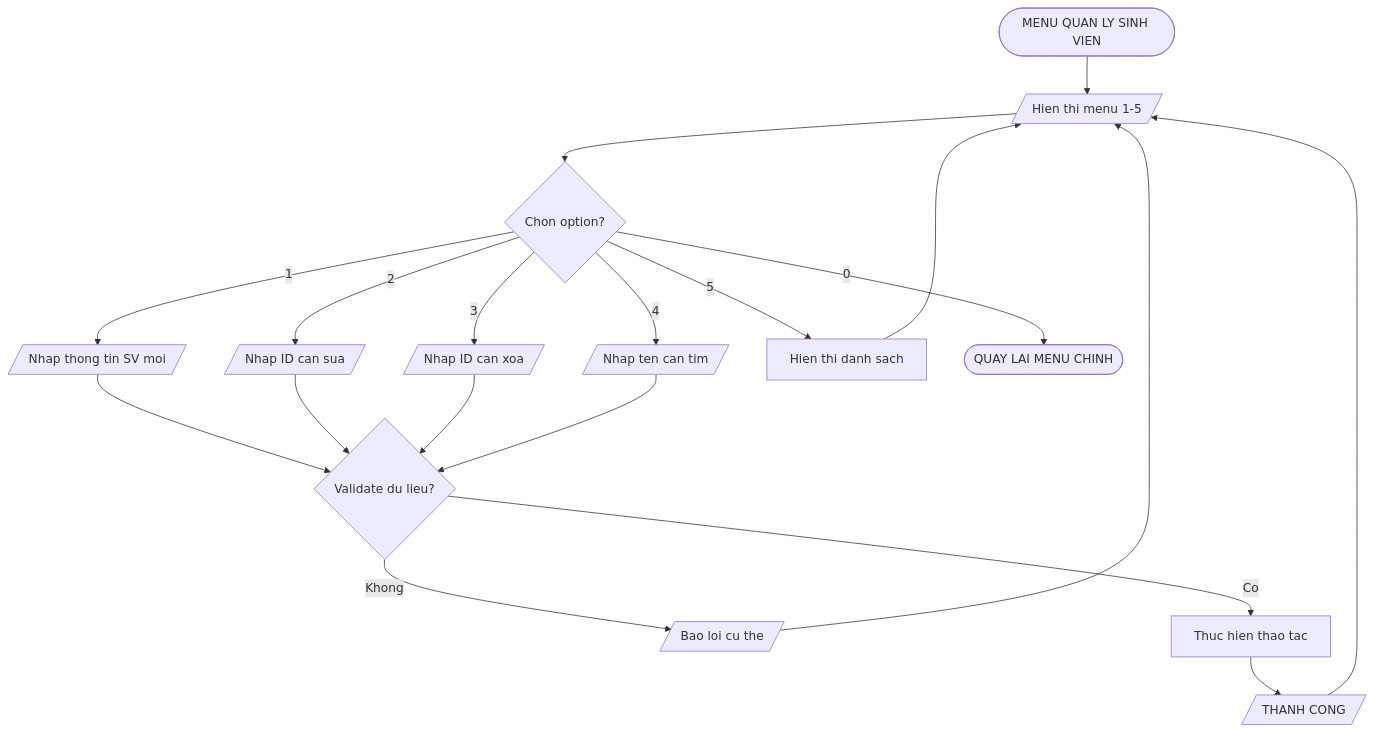
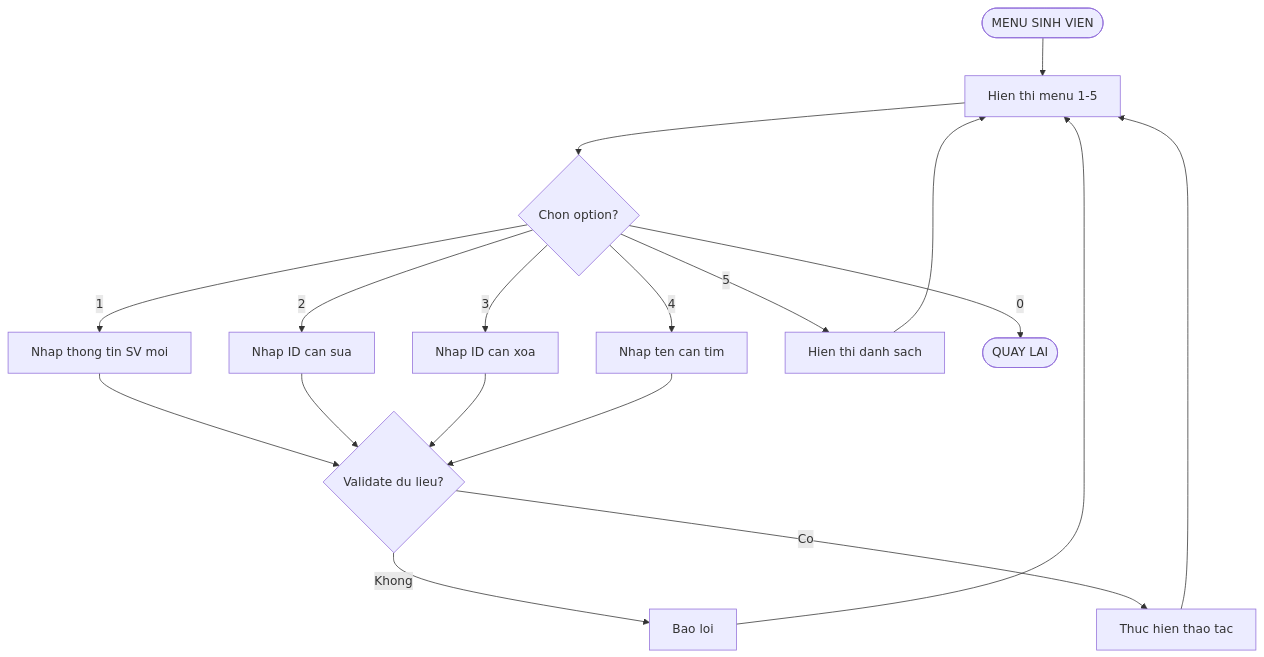
The tenth of 20 diagrams in docs/Flowcharts/Flowcharts.md (phucphuc2006/pro-192), drawn with Mermaid before and after one commit. The commit also changed other lines of this file, not shown here.

Commit message:
Fix Mermaid: remove parallelogram syntax for GitHub

````diff
--- a/docs/Flowcharts/Flowcharts.md
+++ b/docs/Flowcharts/Flowcharts.md
@@ -178,21 +177,20 @@
 ```mermaid
 flowchart TD
-    A([MENU QUAN LY SINH VIEN]) --> B[/Hien thi menu 1-5/]
+    A([MENU SINH VIEN]) --> B[Hien thi menu 1-5]
     B --> C{Chon option?}
-    C -->|1| D[/Nhap thong tin SV moi/]
-    C -->|2| E[/Nhap ID can sua/]
-    C -->|3| F[/Nhap ID can xoa/]
-    C -->|4| G[/Nhap ten can tim/]
+    C -->|1| D[Nhap thong tin SV moi]
+    C -->|2| E[Nhap ID can sua]
+    C -->|3| F[Nhap ID can xoa]
+    C -->|4| G[Nhap ten can tim]
     C -->|5| H[Hien thi danh sach]
-    C -->|0| I([QUAY LAI MENU CHINH])
+    C -->|0| I([QUAY LAI])
     D --> J{Validate du lieu?}
     E --> J
     F --> J
     G --> J
     H --> B
-    J -->|Khong| K[/Bao loi cu the/]
+    J -->|Khong| K[Bao loi]
     K --> B
     J -->|Co| L[Thuc hien thao tac]
-    L --> M[/THANH CONG/]
-    M --> B
+    L --> B
 ```
````
